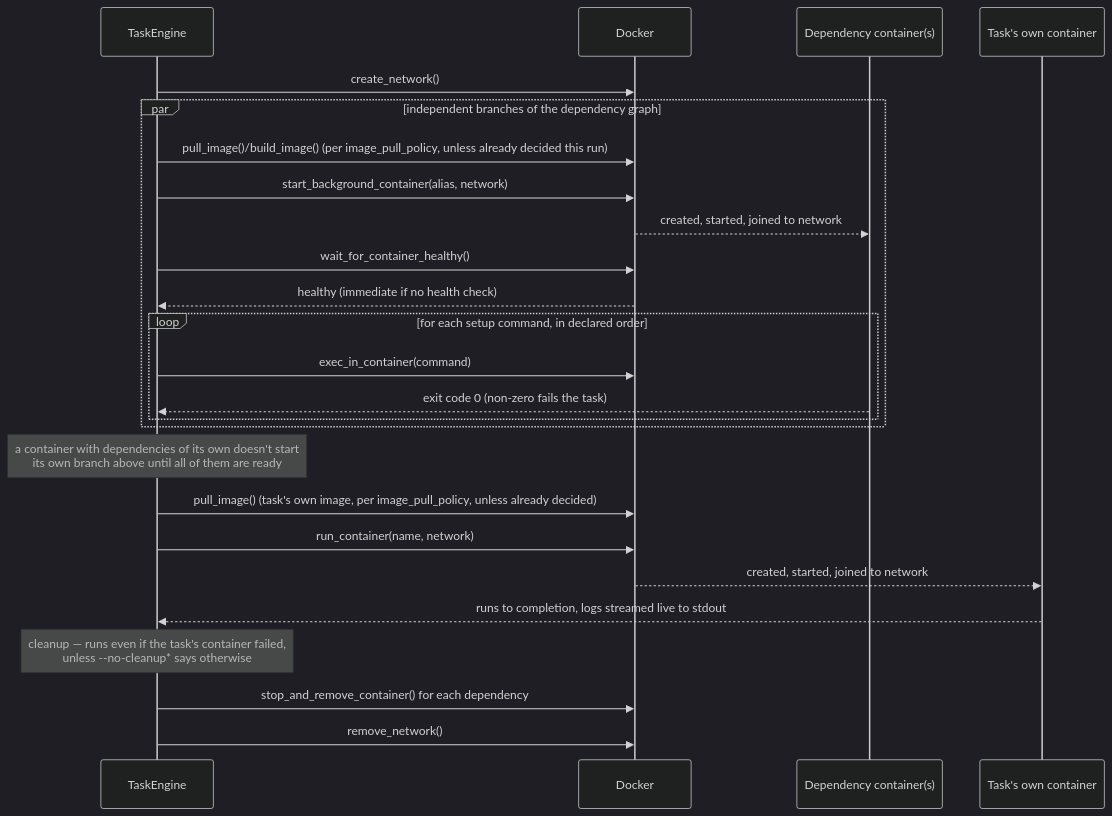
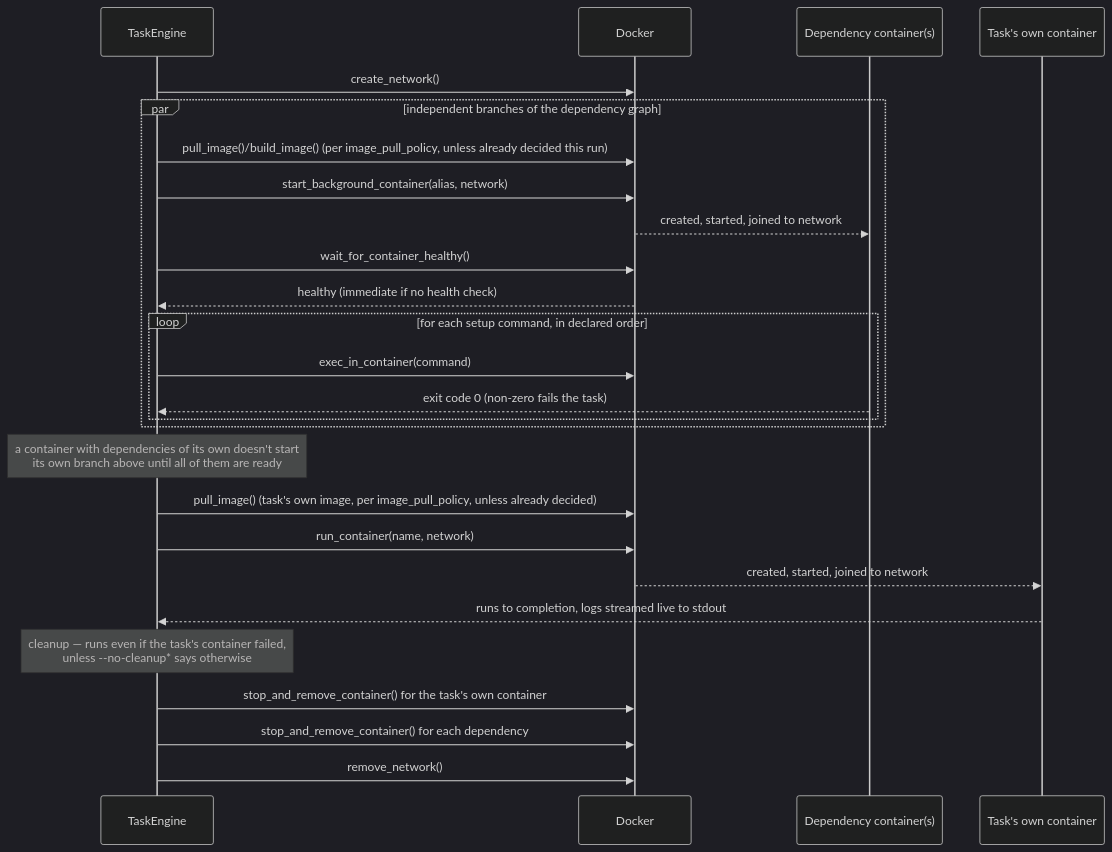
The first of 4 diagrams in docs/task-lifecycle.md (or1can/ratect), drawn with Mermaid (dark theme) before and after one commit. The commit also changed 5 other files, not shown here.

````diff
--- a/docs/task-lifecycle.md
+++ b/docs/task-lifecycle.md
@@ -66,32 +66,33 @@
 ```mermaid
 sequenceDiagram
     participant Engine as TaskEngine
     participant Docker
     participant Dep as Dependency container(s)
     participant Main as Task's own container
 
     Engine->>Docker: create_network()
 
     par independent branches of the dependency graph
         Engine->>Docker: pull_image()/build_image() (per image_pull_policy, unless already decided this run)
         Engine->>Docker: start_background_container(alias, network)
         Docker-->>Dep: created, started, joined to network
         Engine->>Docker: wait_for_container_healthy()
         Docker-->>Engine: healthy (immediate if no health check)
         loop for each setup command, in declared order
             Engine->>Docker: exec_in_container(command)
             Dep-->>Engine: exit code 0 (non-zero fails the task)
         end
     end
 
     Note over Engine: a container with dependencies of its own doesn't start<br/>its own branch above until all of them are ready
 
     Engine->>Docker: pull_image() (task's own image, per image_pull_policy, unless already decided)
     Engine->>Docker: run_container(name, network)
     Docker-->>Main: created, started, joined to network
     Main-->>Engine: runs to completion, logs streamed live to stdout
 
     Note over Engine: cleanup — runs even if the task's container failed,<br/>unless --no-cleanup* says otherwise
+    Engine->>Docker: stop_and_remove_container() for the task's own container
     Engine->>Docker: stop_and_remove_container() for each dependency
     Engine->>Docker: remove_network()
 ```
````
